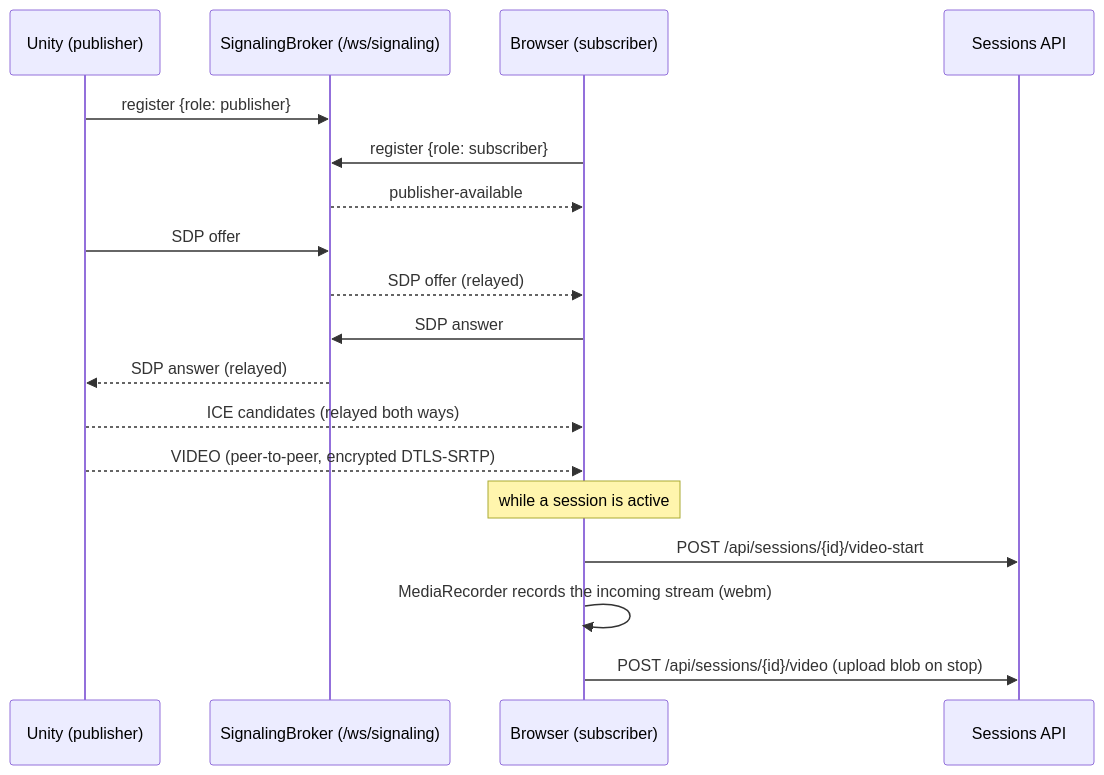
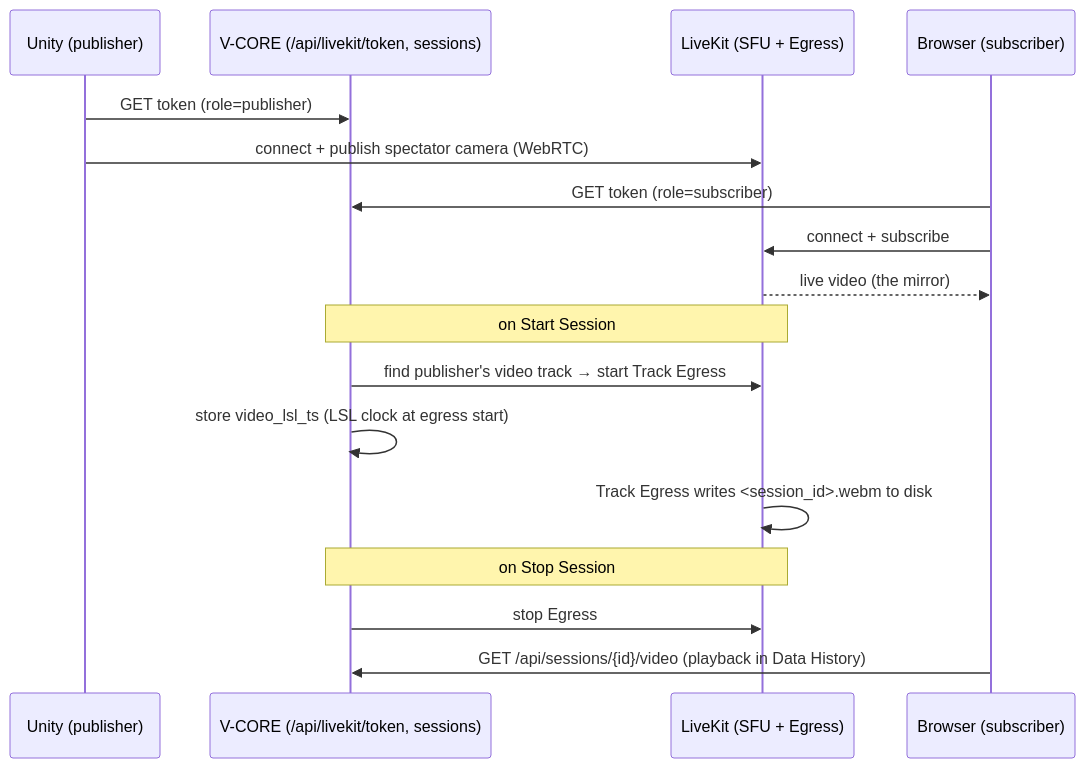
The ninth of 9 diagrams in docs/HOW_IT_WORKS.md (Puthikunkim/p4p), drawn with Mermaid before and after one commit. The commit also changed other lines of this file, not shown here.

Commit message:
docs: rewrite video plane sections for LiveKit (SFU + Egress); drop legacy WebRTC path

````diff
--- a/docs/HOW_IT_WORKS.md
+++ b/docs/HOW_IT_WORKS.md
@@ -629,21 +645,20 @@
 ```mermaid
 sequenceDiagram
   participant U as Unity (publisher)
-  participant SIG as SignalingBroker (/ws/signaling)
+  participant API as V-CORE (/api/livekit/token, sessions)
+  participant LK as LiveKit (SFU + Egress)
   participant BR as Browser (subscriber)
-  participant API as Sessions API
 
-  U->>SIG: register {role: publisher}
-  BR->>SIG: register {role: subscriber}
-  SIG-->>BR: publisher-available
-  U->>SIG: SDP offer
-  SIG-->>BR: SDP offer (relayed)
-  BR->>SIG: SDP answer
-  SIG-->>U: SDP answer (relayed)
-  U-->>BR: ICE candidates (relayed both ways)
-  U-->>BR: VIDEO (peer-to-peer, encrypted DTLS-SRTP)
-  Note over BR: while a session is active
-  BR->>API: POST /api/sessions/{id}/video-start
-  BR->>BR: MediaRecorder records the incoming stream (webm)
-  BR->>API: POST /api/sessions/{id}/video (upload blob on stop)
+  U->>API: GET token (role=publisher)
+  U->>LK: connect + publish spectator camera (WebRTC)
+  BR->>API: GET token (role=subscriber)
+  BR->>LK: connect + subscribe
+  LK-->>BR: live video (the mirror)
+  Note over API,LK: on Start Session
+  API->>LK: find publisher's video track → start Track Egress
+  API->>API: store video_lsl_ts (LSL clock at egress start)
+  LK->>LK: Track Egress writes <session_id>.webm to disk
+  Note over API,LK: on Stop Session
+  API->>LK: stop Egress
+  BR->>API: GET /api/sessions/{id}/video (playback in Data History)
 ```
````
